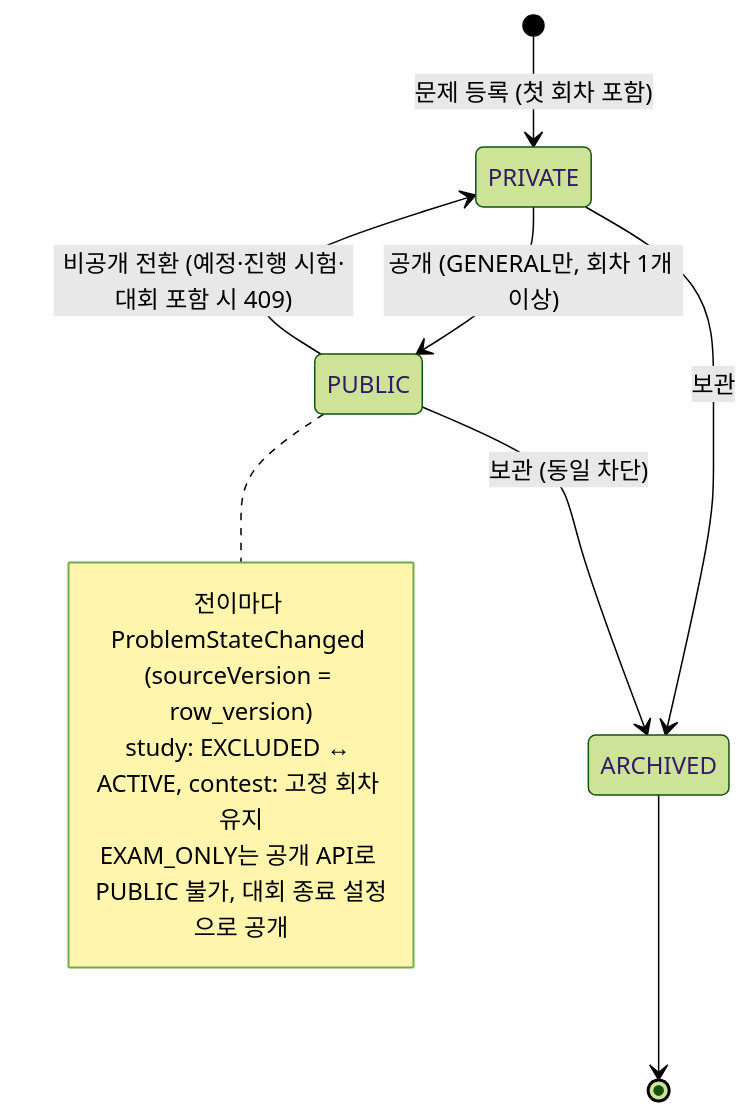
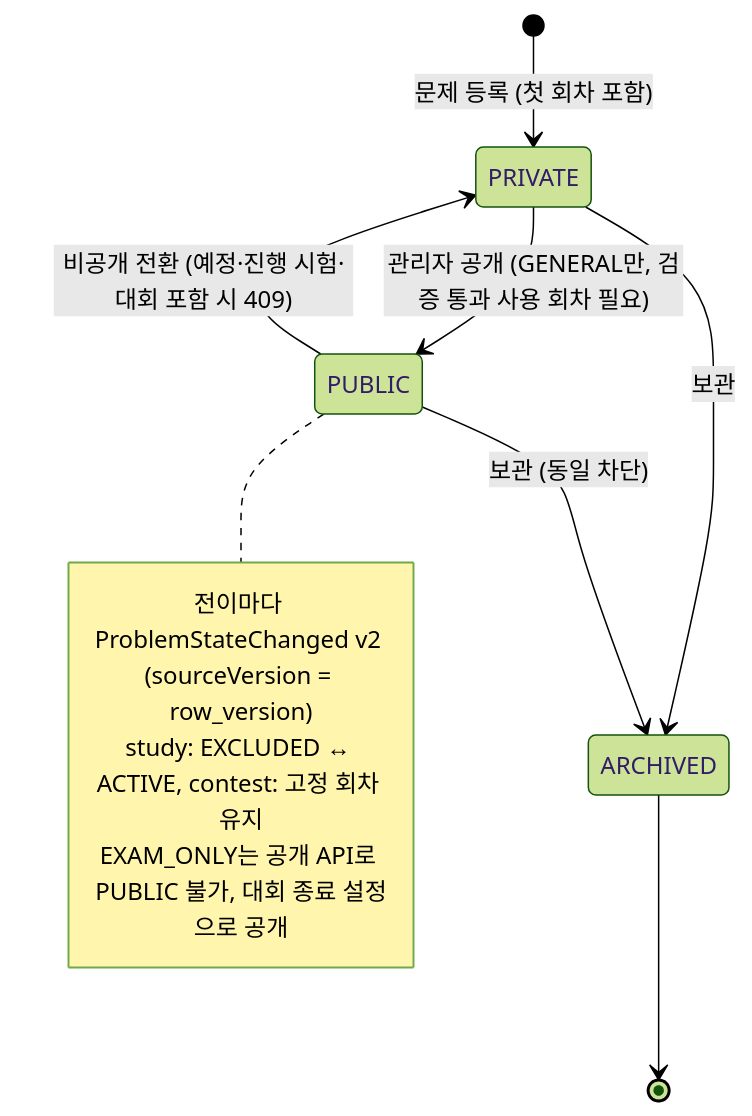
Diagram 13 of 57 in docs/dev/architecture/diagrams.md (Back-To-Back-team-3/re-solve), drawn with Mermaid (forest theme) before and after one commit. The commit also changed other lines of this file and 6 other files, not shown here.

````diff
--- a/docs/dev/architecture/diagrams.md
+++ b/docs/dev/architecture/diagrams.md
@@ -416,14 +416,14 @@
 ```mermaid
 stateDiagram-v2
     [*] --> PRIVATE : 문제 등록 (첫 회차 포함)
-    PRIVATE --> PUBLIC : 공개 (GENERAL만, 회차 1개 이상)
+    PRIVATE --> PUBLIC : 관리자 공개 (GENERAL만, 검증 통과 사용 회차 필요)
     PUBLIC --> PRIVATE : 비공개 전환 (예정·진행 시험·대회 포함 시 409)
     PRIVATE --> ARCHIVED : 보관
     PUBLIC --> ARCHIVED : 보관 (동일 차단)
     ARCHIVED --> [*]
     note right of PUBLIC
-        전이마다 ProblemStateChanged (sourceVersion = row_version)
+        전이마다 ProblemStateChanged v2 (sourceVersion = row_version)
         study: EXCLUDED ↔ ACTIVE, contest: 고정 회차 유지
         EXAM_ONLY는 공개 API로 PUBLIC 불가, 대회 종료 설정으로 공개
     end note
 ```
````
